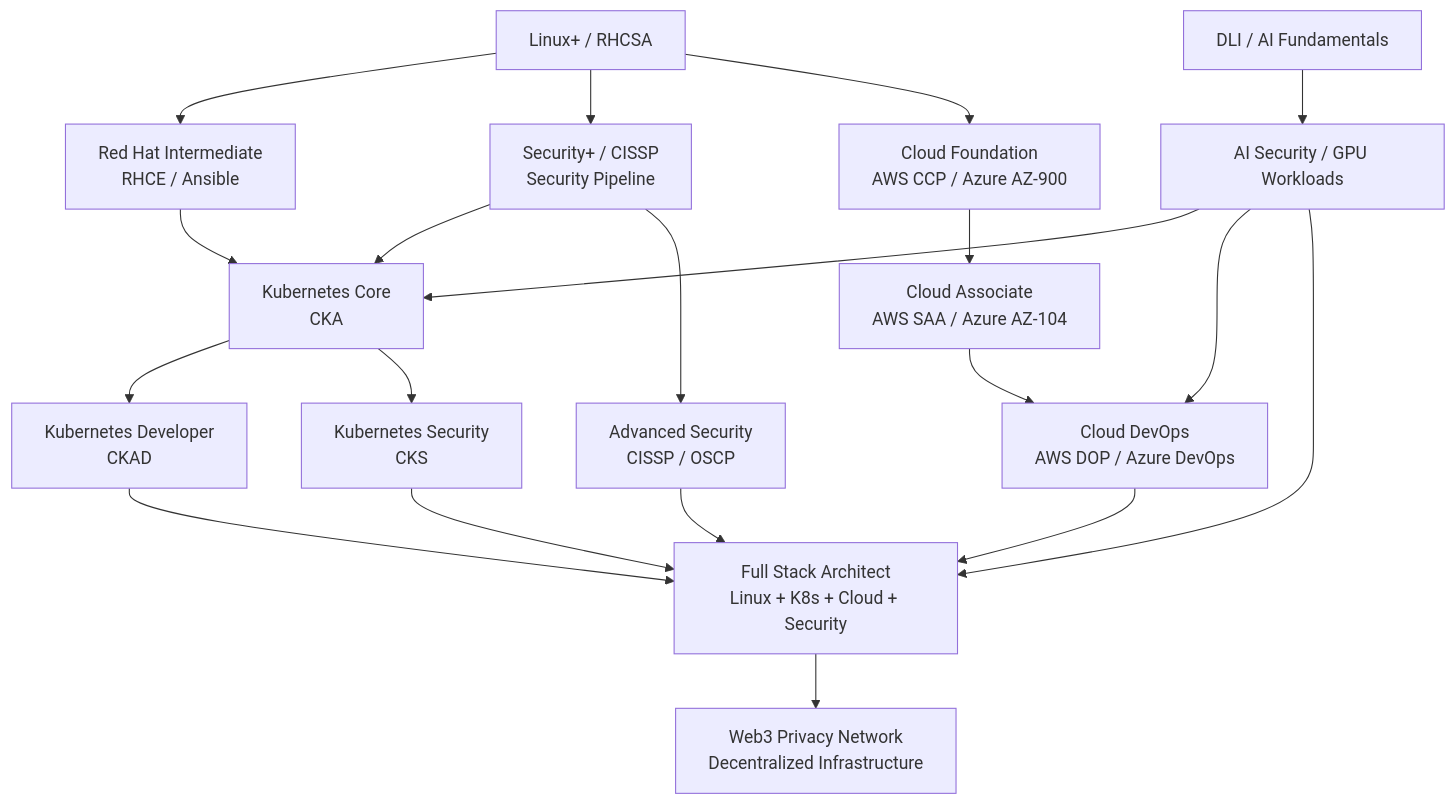
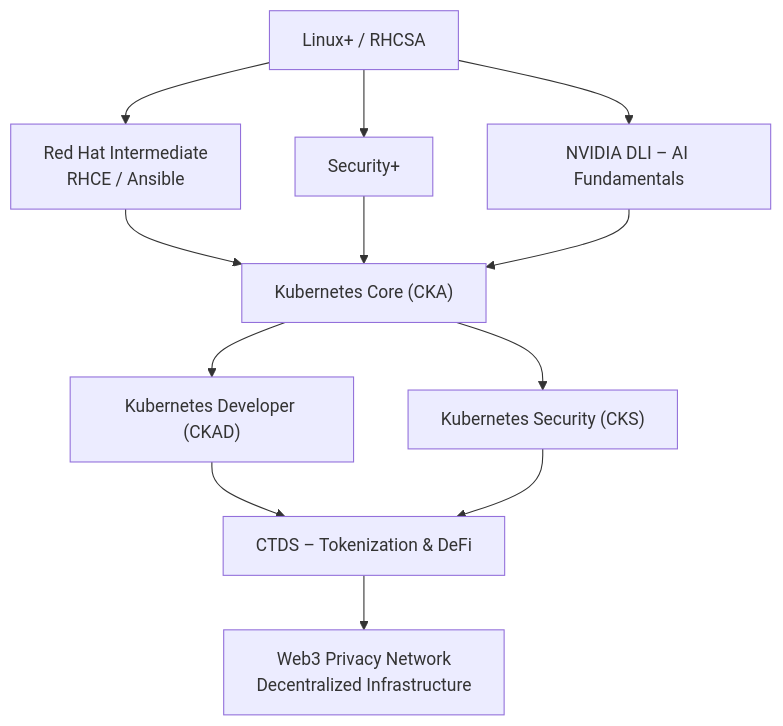
The diagram in cert-roadmap.md (Anureyki/Sys_Admin.projects), drawn with Mermaid before and after one commit. The commit also changed other lines of this file, not shown here.

Commit message:
update cert roadmap with priorities and clean Mermaid diagram

````diff
--- a/cert-roadmap.md
+++ b/cert-roadmap.md
@@ -5,22 +5,14 @@
 ```mermaid
 graph TD
-    A[Linux+ / RHCSA] --> B[Red Hat Intermediate<br/>RHCE / Ansible]
-    A --> C[Security+ / CISSP<br/>Security Pipeline]
-    A --> D[Cloud Foundation<br/>AWS CCP / Azure AZ-900]
-    B --> E[Kubernetes Core<br/>CKA]
+    A["Linux+ / RHCSA"] --> B["Red Hat Intermediate<br/>RHCE / Ansible"]
+    A --> C["Security+"]
+    A --> D["NVIDIA DLI – AI Fundamentals"]
+    B --> E["Kubernetes Core (CKA)"]
     C --> E
-    D --> F[Cloud Associate<br/>AWS SAA / Azure AZ-104]
-    E --> G[Kubernetes Developer<br/>CKAD]
-    E --> H[Kubernetes Security<br/>CKS]
-    F --> I[Cloud DevOps<br/>AWS DOP / Azure DevOps]
-    C --> J[Advanced Security<br/>CISSP / OSCP]
-    K[DLI / AI Fundamentals] --> L[AI Security / GPU Workloads]
-    L --> E
-    L --> I
-    G --> M[Full Stack Architect<br/>Linux + K8s + Cloud + Security]
-    H --> M
-    I --> M
-    J --> M
-    L --> M
-    M --> N[Web3 Privacy Network<br/>Decentralized Infrastructure]
+    D --> E
+    E --> F["Kubernetes Developer (CKAD)"]
+    E --> G["Kubernetes Security (CKS)"]
+    F --> H["CTDS – Tokenization & DeFi"]
+    G --> H
+    H --> I["Web3 Privacy Network<br/>Decentralized Infrastructure"]
 ```
````
